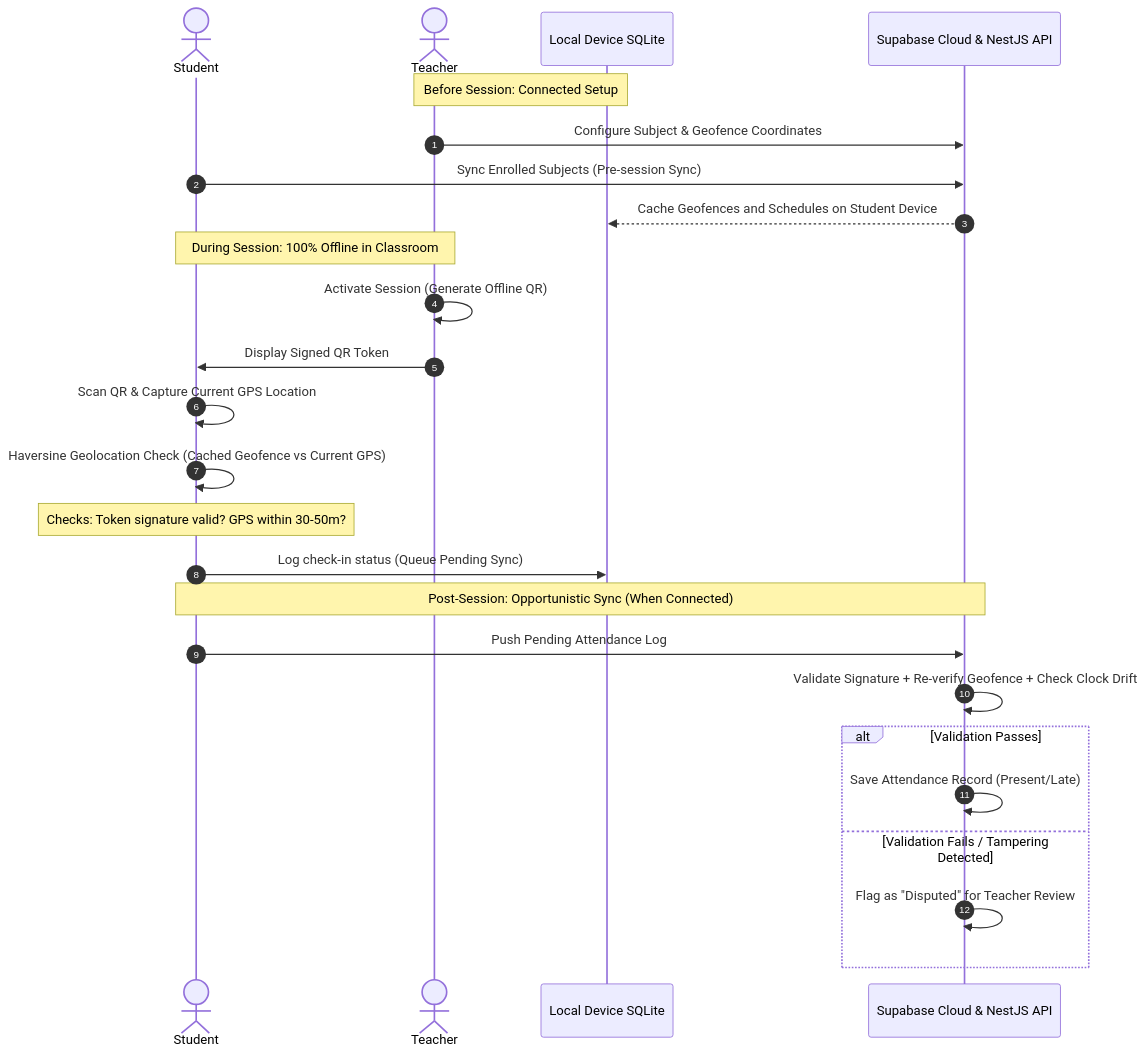
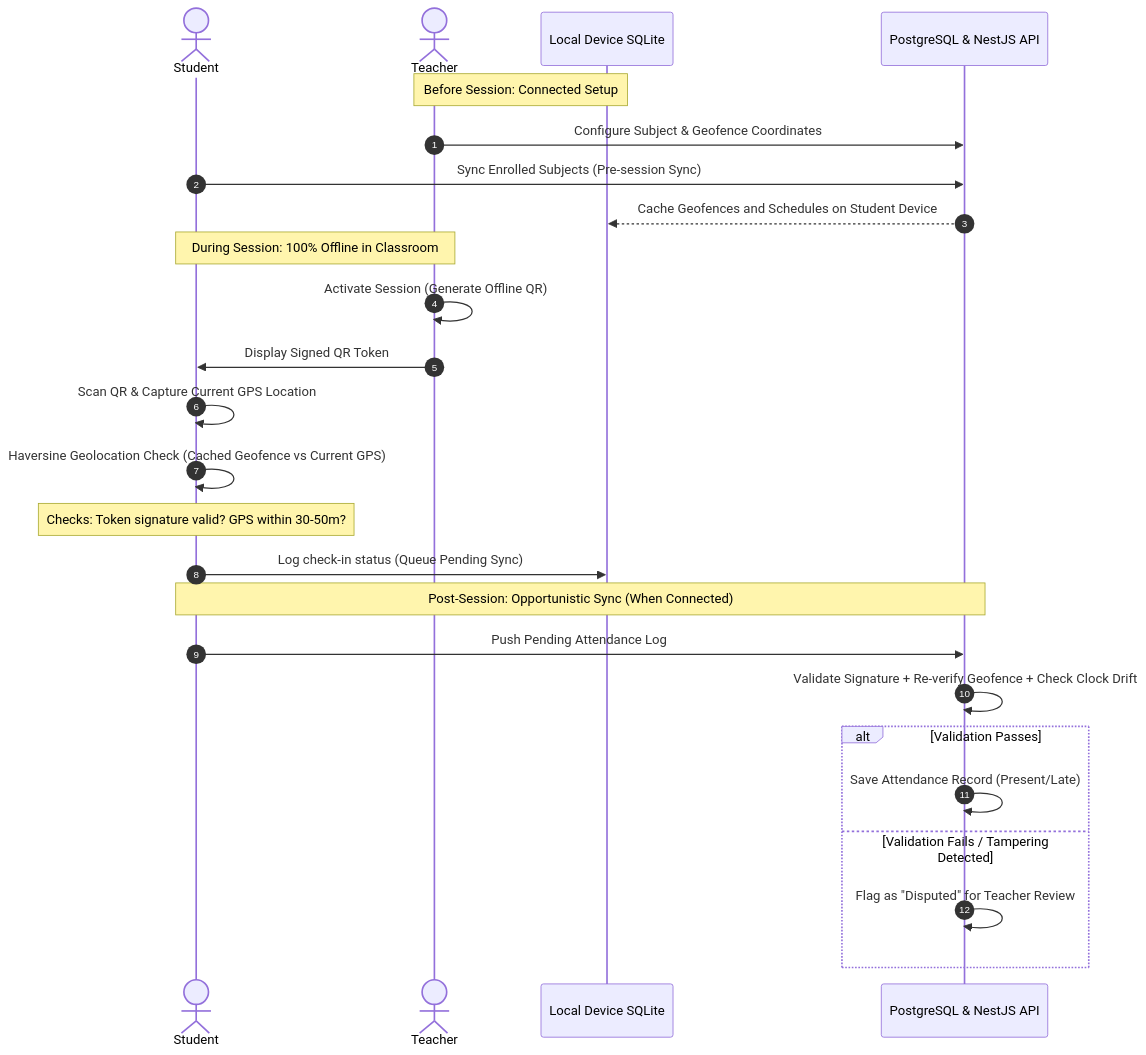
One commit to AddToKart/polycheck changed the diagram in README.md. Above: the diagram before and after it, drawn with Mermaid. The commit also changed other lines of this file and 2 other files, not shown here.

Commit message:
docs: replace Supabase references with self-hosted PostgreSQL and NestJS RBAC

````diff
--- a/README.md
+++ b/README.md
@@ -41,30 +41,30 @@
 ```mermaid
 sequenceDiagram
     autonumber
     actor Student
     actor Teacher
     participant LocalDB as Local Device SQLite
-    participant Server as Supabase Cloud & NestJS API
+    participant Server as PostgreSQL & NestJS API
 
     Note over Teacher, LocalDB: Before Session: Connected Setup
     Teacher->>Server: Configure Subject & Geofence Coordinates
     Student->>Server: Sync Enrolled Subjects (Pre-session Sync)
     Server-->>LocalDB: Cache Geofences and Schedules on Student Device
 
     Note over Teacher, Student: During Session: 100% Offline in Classroom
     Teacher->>Teacher: Activate Session (Generate Offline QR)
     Teacher->>Student: Display Signed QR Token
     Student->>Student: Scan QR & Capture Current GPS Location
     Student->>Student: Haversine Geolocation Check (Cached Geofence vs Current GPS)
     Note over Student: Checks: Token signature valid? GPS within 30-50m?
     Student->>LocalDB: Log check-in status (Queue Pending Sync)
 
     Note over Student, Server: Post-Session: Opportunistic Sync (When Connected)
     Student->>Server: Push Pending Attendance Log
     Server->>Server: Validate Signature + Re-verify Geofence + Check Clock Drift
     alt Validation Passes
         Server->>Server: Save Attendance Record (Present/Late)
     else Validation Fails / Tampering Detected
         Server->>Server: Flag as "Disputed" for Teacher Review
     end
 ```
````
